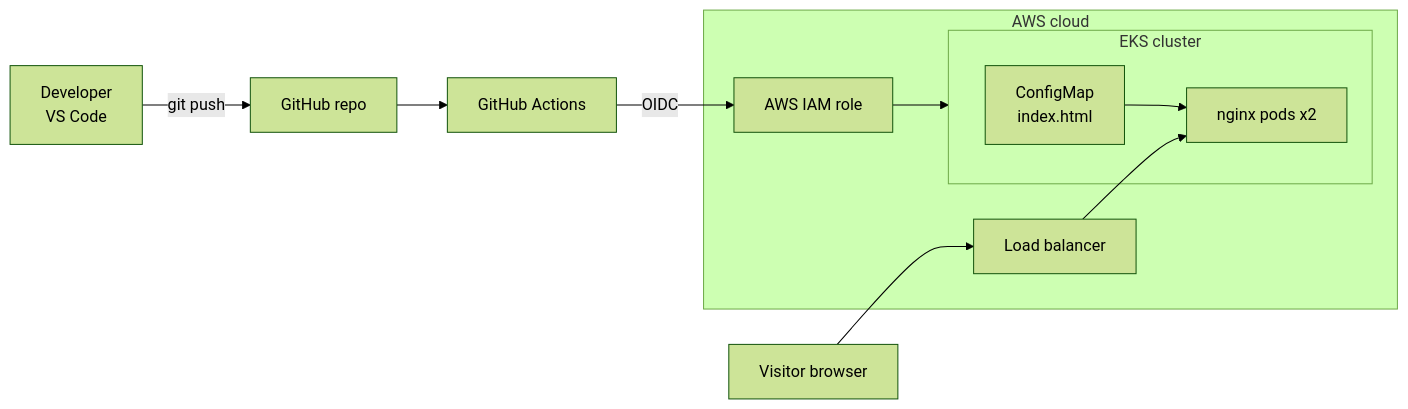
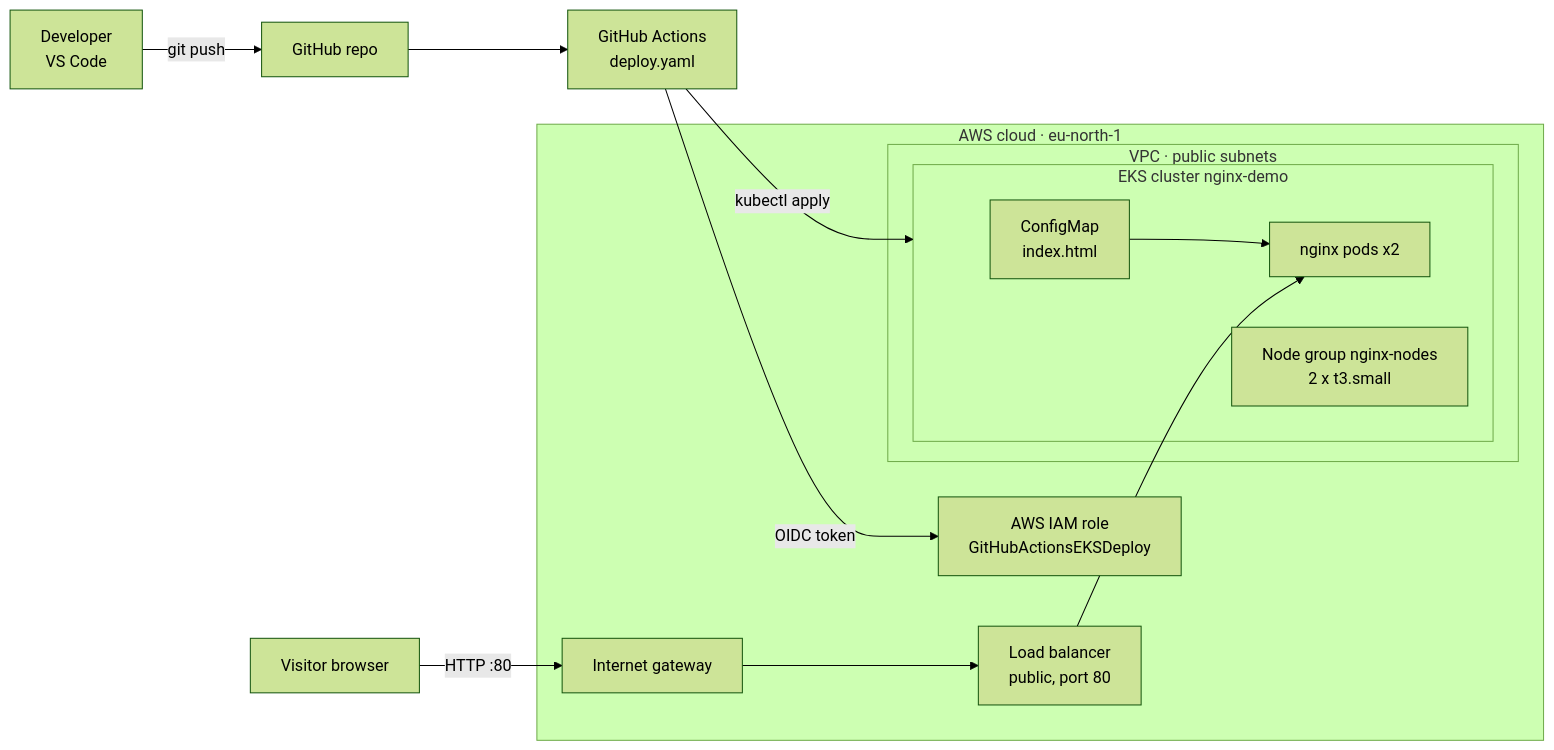
The diagram in README.md (alick-karoun/eks-nginx-demo), drawn with Mermaid (forest theme) before and after one commit. The commit also changed other lines of this file, not shown here.

Commit message:
Update README.md with architecture diagram changes

````diff
--- a/README.md
+++ b/README.md
@@ -4,17 +7,23 @@
 ```mermaid
 flowchart LR
     Dev[Developer<br/>VS Code] -->|git push| Repo[GitHub repo]
-    Repo --> GHA[GitHub Actions]
-    GHA -->|OIDC| IAM[AWS IAM role]
-    IAM --> EKS
+    Repo --> GHA[GitHub Actions<br/>deploy.yaml]
+    GHA -->|OIDC token| IAM[AWS IAM role<br/>GitHubActionsEKSDeploy]
+    GHA -->|kubectl apply| EKS
 
-    subgraph AWS[AWS cloud]
+    User[Visitor browser] -->|HTTP :80| IGW[Internet gateway]
+
+    subgraph AWS[AWS cloud · eu-north-1]
         IAM
-        subgraph EKS[EKS cluster]
-            CM[ConfigMap<br/>index.html] --> Pods[nginx pods x2]
+        IGW --> LB[Load balancer<br/>public, port 80]
+
+        subgraph VPC[VPC · public subnets]
+            subgraph EKS[EKS cluster nginx-demo]
+                CM[ConfigMap<br/>index.html] --> Pods[nginx pods x2]
+                Node[Node group nginx-nodes<br/>2 x t3.small]
+            end
         end
-        LB[Load balancer] --> Pods
+
+        LB --> Pods
     end
-
-    User[Visitor browser] --> LB
 ```
````
